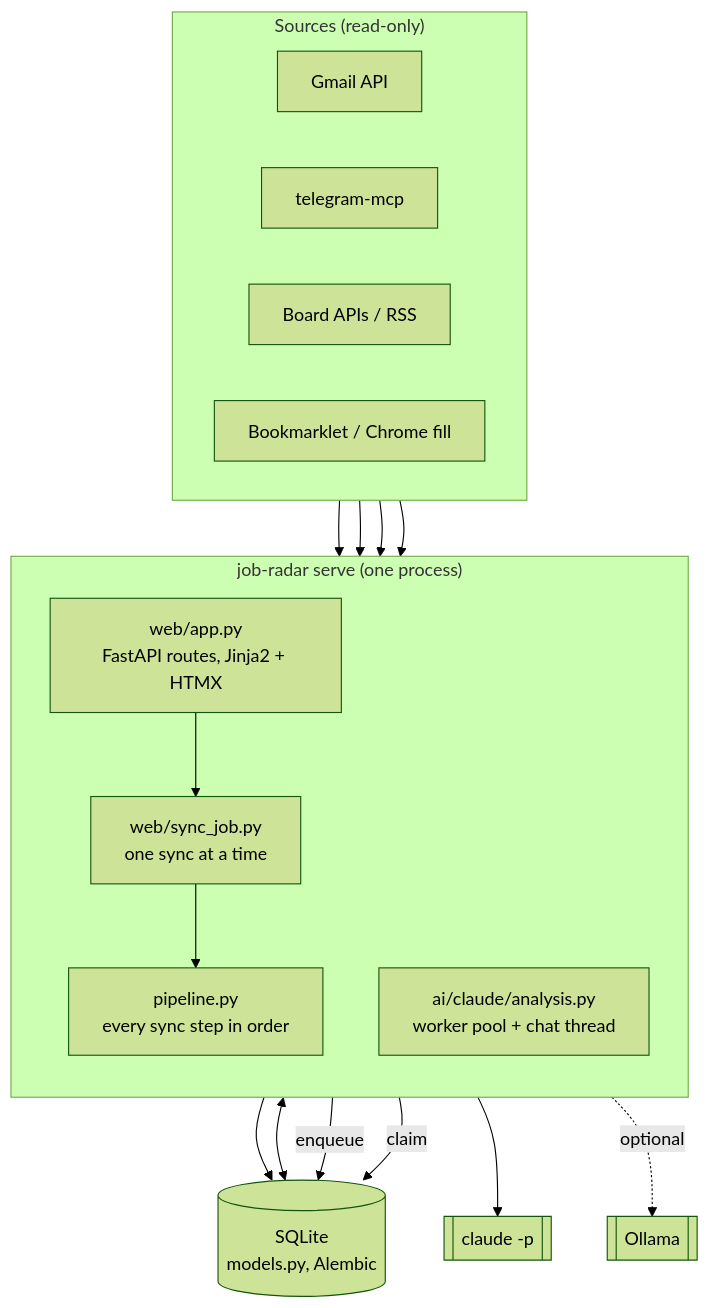
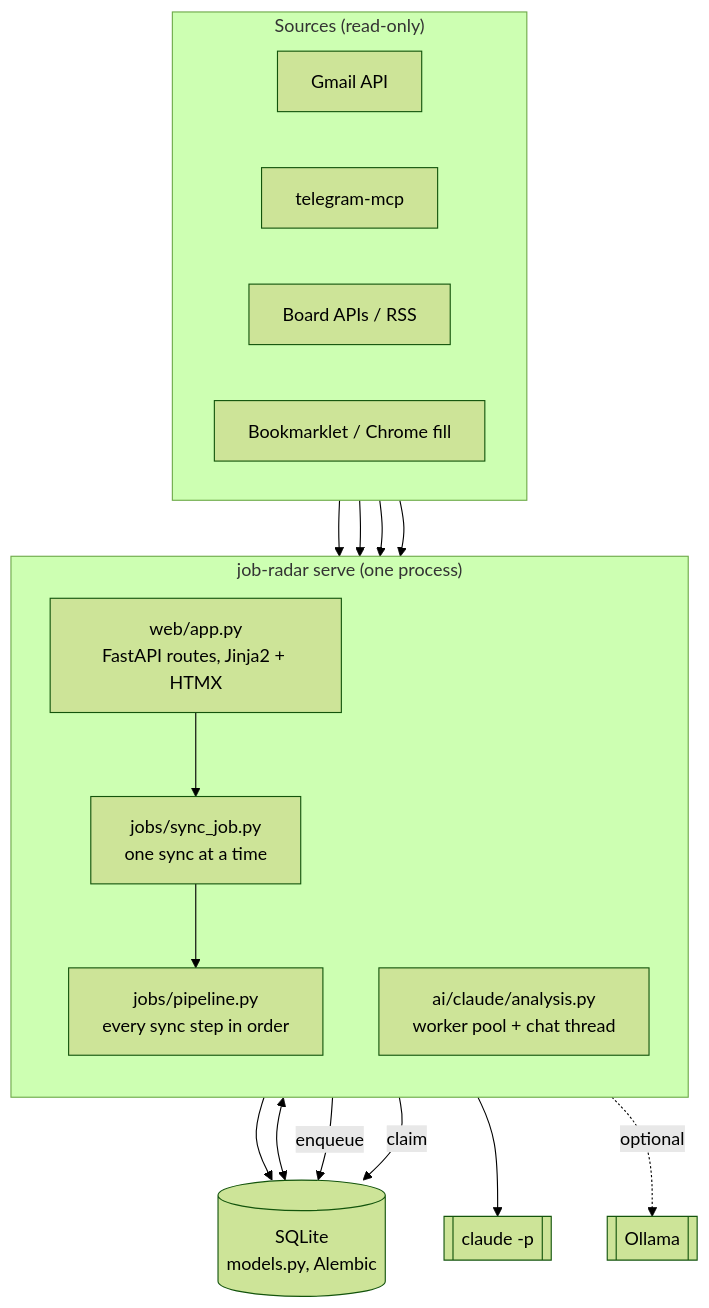
Before and after one commit to dremdem/job-radar: the first of 2 diagrams in docs/architecture.md, drawn with Mermaid (forest theme). The commit also changed other lines of this file and 18 other files, not shown here.

First line of the commit message:
Move the sync pipeline and background job state into jobs/ (#44)

````diff
--- a/docs/architecture.md
+++ b/docs/architecture.md
@@ -5,29 +5,29 @@
 ```mermaid
 flowchart TB
     subgraph In["Sources (read-only)"]
         direction LR
         GM[Gmail API]
         TG[telegram-mcp]
         BD[Board APIs / RSS]
         BR[Bookmarklet / Chrome fill]
     end
     subgraph App["job-radar serve (one process)"]
         direction TB
         WEB[web/app.py<br/>FastAPI routes, Jinja2 + HTMX]
-        SJ[web/sync_job.py<br/>one sync at a time]
-        PL[pipeline.py<br/>every sync step in order]
+        SJ[jobs/sync_job.py<br/>one sync at a time]
+        PL[jobs/pipeline.py<br/>every sync step in order]
         CW[ai/claude/analysis.py<br/>worker pool + chat thread]
     end
     DB[(SQLite<br/>models.py, Alembic)]
     CL[[claude -p]]
     OL[[Ollama]]
 
     GM & TG & BD --> PL
     BR --> WEB
     WEB --> SJ --> PL --> DB
     WEB <--> DB
     WEB -- enqueue --> DB
     CW -- claim --> DB
     CW --> CL
     PL -. optional .-> OL
 ```
````
